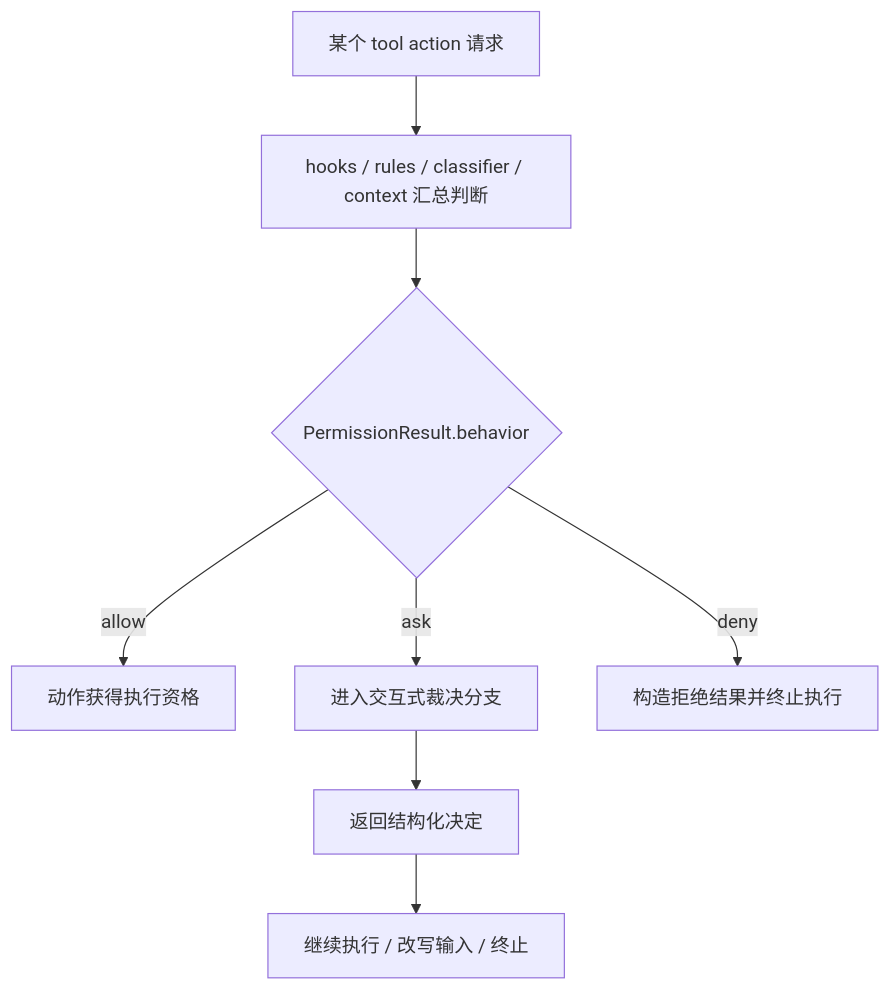
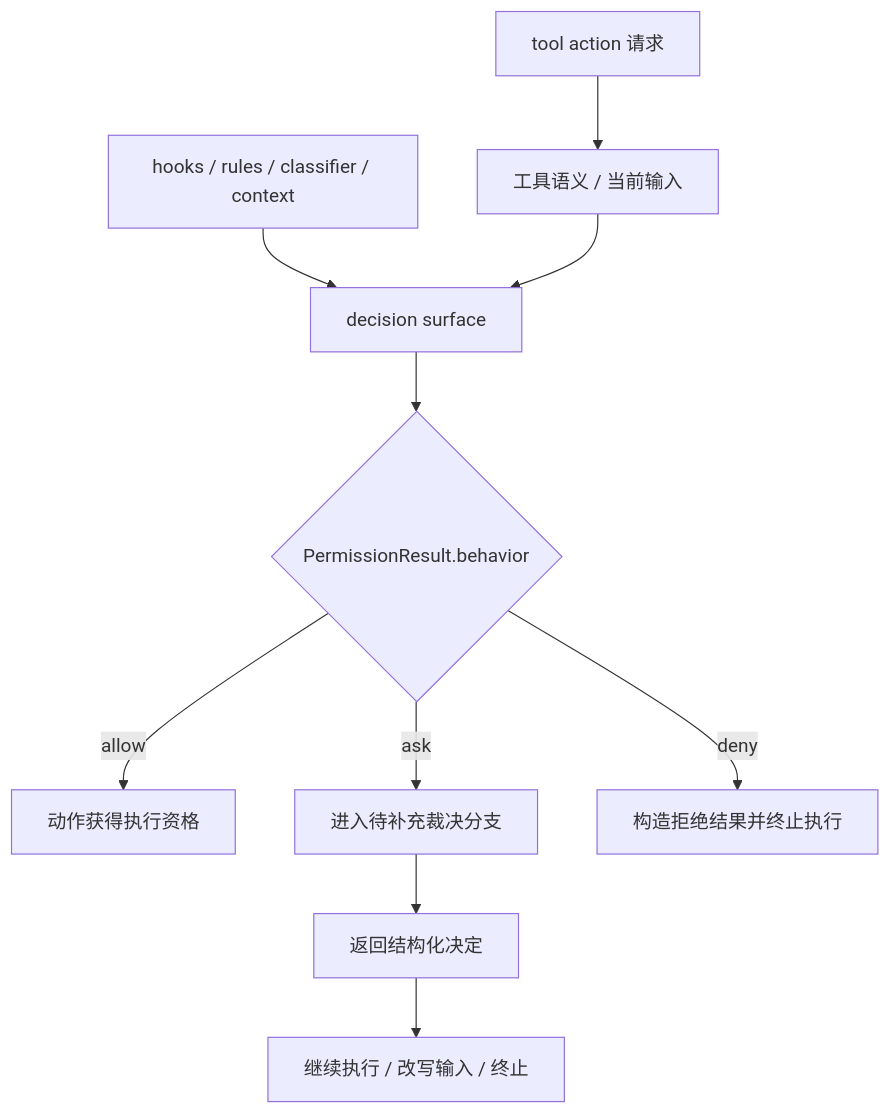
The first of 2 diagrams in docs/guidebookv2/volume-3/14-why-allow-deny-ask-are-a-runtime-decision-surface.md (T0UGH/claude-code-source-guide), drawn with Mermaid before and after one commit. The commit also changed other lines of this file and 13 other files, not shown here.

Commit message:
tighten volume-3 diagrams and boundaries

````diff
--- a/docs/guidebookv2/volume-3/14-why-allow-deny-ask-are-a-runtime-decision-surface.md
+++ b/docs/guidebookv2/volume-3/14-why-allow-deny-ask-are-a-runtime-decision-surface.md
@@ -156,10 +156,12 @@
 ```mermaid
 flowchart TD
-    A[某个 tool action 请求] --> B[hooks / rules / classifier / context 汇总判断]
-    B --> C{PermissionResult.behavior}
-    C -->|allow| D[动作获得执行资格]
-    C -->|ask| E[进入交互式裁决分支]
-    E --> F[返回结构化决定]
-    F --> G[继续执行 / 改写输入 / 终止]
-    C -->|deny| H[构造拒绝结果并终止执行]
+    A[tool action 请求] --> B[工具语义 / 当前输入]
+    X[hooks / rules / classifier / context] --> C[decision surface]
+    B --> C
+    C --> D{PermissionResult.behavior}
+    D -->|allow| E[动作获得执行资格]
+    D -->|ask| F[进入待补充裁决分支]
+    F --> G[返回结构化决定]
+    G --> H[继续执行 / 改写输入 / 终止]
+    D -->|deny| I[构造拒绝结果并终止执行]
 ```
````
